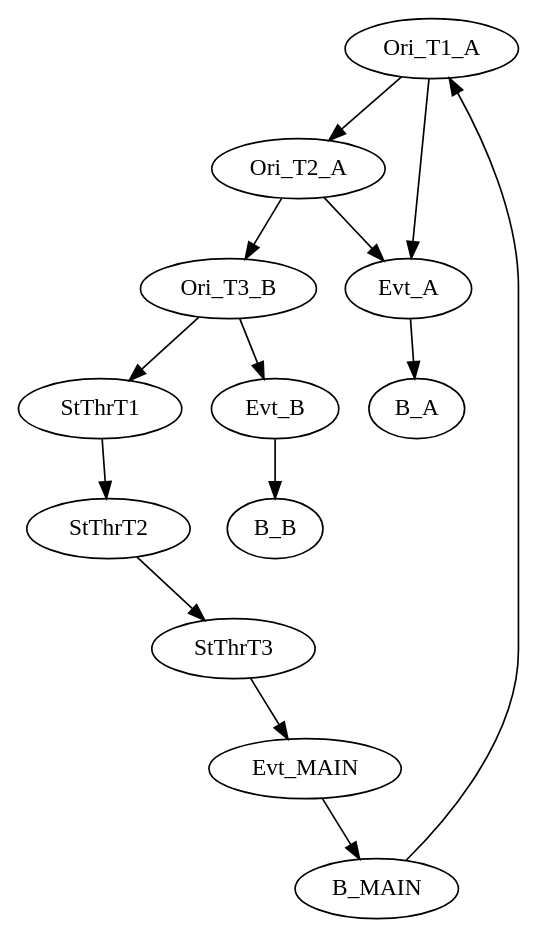
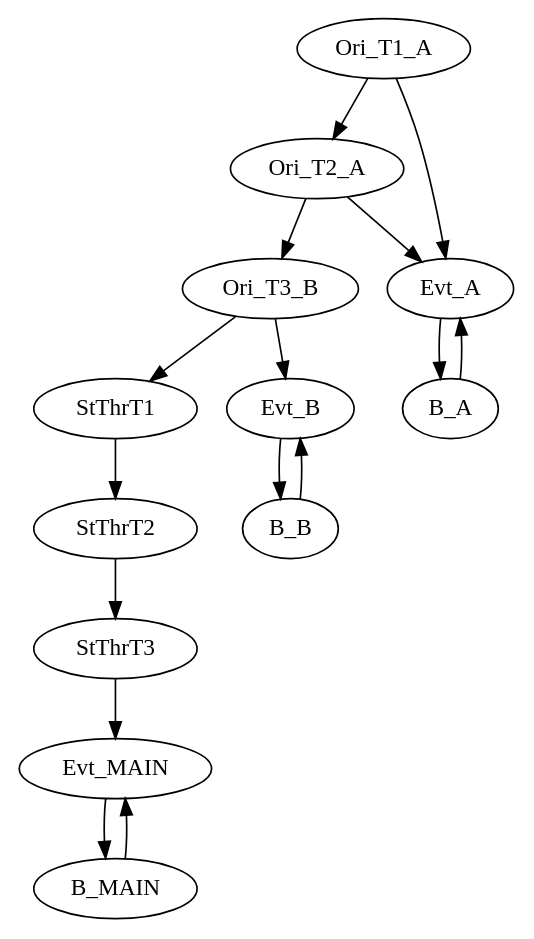
Before and after one commit to GSI-CS-CO/bel_projects: the diagram in modules/ftm/ftmx86/origin.dot, drawn with Graphviz.

Commit message:
origin.dot: change thread attribute for startthread nodes as this is now a bitmask. Change control flow to avoid late messages.

```diff
--- a/modules/ftm/ftmx86/origin.dot
+++ b/modules/ftm/ftmx86/origin.dot
@@ -1,40 +1,40 @@
 digraph g {
 name="Test_Origin_and_Start_Thread";
 
 graph []
 edge  [type="defdst"]
 
 subgraph cpu1 {
-  node  [cpu="1"];
+  node  [cpu="1" fid=1 pattern=MAIN]
 
-  Ori_T1_A  [type="origin",       pattern="MAIN", patentry="1", toffs=    0,   thread=1];
-  Ori_T2_A  [type="origin",       pattern="MAIN", patentry="0", toffs=    0,   thread=2];
-  Ori_T3_B  [type="origin",       pattern="MAIN", patentry="0", toffs=    0,   thread=3];
+  Ori_T1_A  [type="origin",       patentry="1", toffs=0, thread=1];
+  Ori_T2_A  [type="origin",       patentry="0", toffs=0, thread=2];
+  Ori_T3_B  [type="origin",       patentry="0", toffs=0, thread=3];
   
-  StThrT1   [type="startthread",  pattern="MAIN", patentry="0", toffs=  235, startoffs=0;       thread=1];
-  StThrT2   [type="startthread",  pattern="MAIN", patentry="0", toffs=  235, startoffs=10000000;  thread=2];
-  StThrT3   [type="startthread",  pattern="MAIN", patentry="0", toffs=10000, startoffs=0;       thread=3];
+  StThrT1   [type="startthread",  patentry="0", toffs=  235, startoffs=0;       thread="0x2"];
+  StThrT2   [type="startthread",  patentry="0", toffs=  235, startoffs=10000000;  thread="0x4"];
+  StThrT3   [type="startthread",  patentry="0", toffs=10000, startoffs=0;       thread="0x8"];
   
-  Evt_MAIN  [type="tmsg",         pattern="MAIN", patentry="0", toffs=20000,   fid=1, evtno=1, par="0x01"];
-  B_MAIN    [type="block",        pattern="MAIN", patexit="1",  tperiod=1000000000, qlo="1"];
+  Evt_MAIN  [type="tmsg",         patentry="0", toffs=20000, evtno=1, par="0x01"];
+  B_MAIN    [type="block",        patexit="1",  tperiod=1000000000, qlo="1"];
   
-  Evt_A     [type="tmsg",         pattern="A", patentry="1", toffs=1000,   fid=1, evtno=2, par="0x02"];
-  B_A       [type="block",        pattern="A", patexit="1", tperiod=100000000, qlo="1"];
+  Evt_A     [type="tmsg",         pattern="A", patentry="1", toffs=1000, evtno=2, par="0x02"];
+  B_A       [type="block",        pattern="A", patexit="1", tperiod=300000000, qlo="1"];
   
-  Evt_B     [type="tmsg",         pattern="B", patentry="1", toffs=0,      fid=1, evtno=3, par="0x03"];
-  B_B       [type="block",        pattern="B", patexit="1", tperiod=100000000, qlo="1"];
+  Evt_B     [type="tmsg",         pattern="B", patentry="1", toffs=0, evtno=3, par="0x03"];
+  B_B       [type="block",        pattern="B", patexit="1", tperiod=200000000, qlo="1"];
   
-  Ori_T1_A -> Ori_T2_A -> Ori_T3_B -> StThrT1 -> StThrT2 -> StThrT3 -> Evt_MAIN   -> B_MAIN -> Ori_T1_A;
+  Ori_T1_A -> Ori_T2_A -> Ori_T3_B -> StThrT1 -> StThrT2 -> StThrT3 -> Evt_MAIN   -> B_MAIN -> Evt_MAIN
   
-  Evt_A -> B_A;
-  Evt_B -> B_B;
+  Evt_A -> B_A -> Evt_A
+  Evt_B -> B_B -> Evt_B
   
   Ori_T1_A -> Evt_A [type="origindst"];
   Ori_T2_A -> Evt_A [type="origindst"];
   Ori_T3_B -> Evt_B [type="origindst"];
 
 }
 
 
 
 }
```
